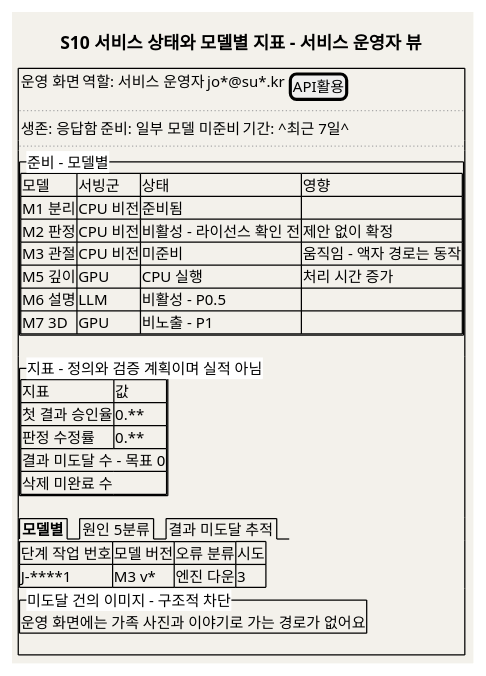
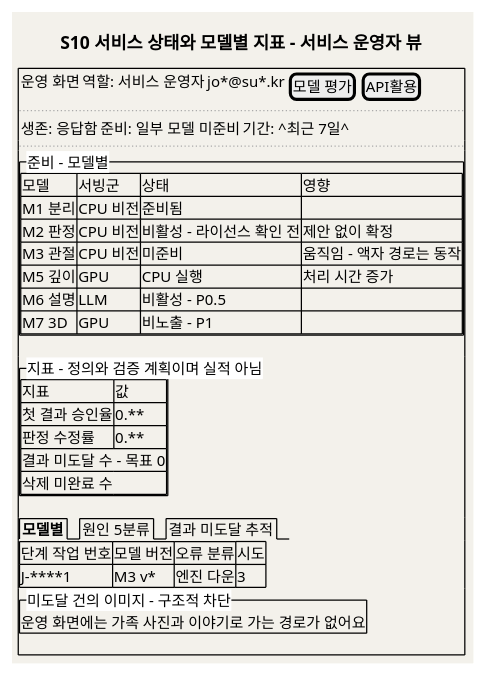
One commit to kids-gallery/uri-gallery changed diagram 21 of 23 in design/SD_02_UIUX설계서_우리아이미술관.md. Above: the diagram before and after it, drawn with PlantUML. The commit also changed other lines of this file and 8 other files, not shown here.

````diff
--- a/design/SD_02_UIUX설계서_우리아이미술관.md
+++ b/design/SD_02_UIUX설계서_우리아이미술관.md
@@ -1223,38 +1272,38 @@
 ```plantuml
 @startuml
 skinparam backgroundColor #F3F1EB
 title S10 서비스 상태와 모델별 지표 - 서비스 운영자 뷰
 salt
 {+
-{ 운영 화면 | 역할: 서비스 운영자 | jo*@su*.kr | [API활용] }
+{ 운영 화면 | 역할: 서비스 운영자 | jo*@su*.kr | [모델 평가] | [API활용] }
 ..
 { 생존: 응답함 | 준비: 일부 모델 미준비 | 기간: ^최근 7일^ }
 ..
 {^"준비 - 모델별"
 {# 모델 | 서빙군 | 상태 | 영향
   M1 분리 | CPU 비전 | 준비됨 | .
   M2 판정 | CPU 비전 | 비활성 - 라이선스 확인 전 | 제안 없이 확정
   M3 관절 | CPU 비전 | 미준비 | 움직임 - 액자 경로는 동작
   M5 깊이 | GPU | CPU 실행 | 처리 시간 증가
   M6 설명 | LLM | 비활성 - P0.5 | .
   M7 3D | GPU | 비노출 - P1 | .
 }
 }
 {^"지표 - 정의와 검증 계획이며 실적 아님"
 {# 지표 | 값
   첫 결과 승인율 | 0.**
   판정 수정률 | 0.**
   결과 미도달 수 - 목표 0 | *
   삭제 미완료 수 | *
 }
 }
 {/ <b>모델별 | 원인 5분류 | 결과 미도달 추적 }
 {# 단계 작업 번호 | 모델 버전 | 오류 분류 | 시도
   J-****1 | M3 v* | 엔진 다운 | 3
 }
 {^"미도달 건의 이미지 - 구조적 차단"
   운영 화면에는 가족 사진과 이야기로 가는 경로가 없어요
 }
 }
 @enduml
 ```
````
